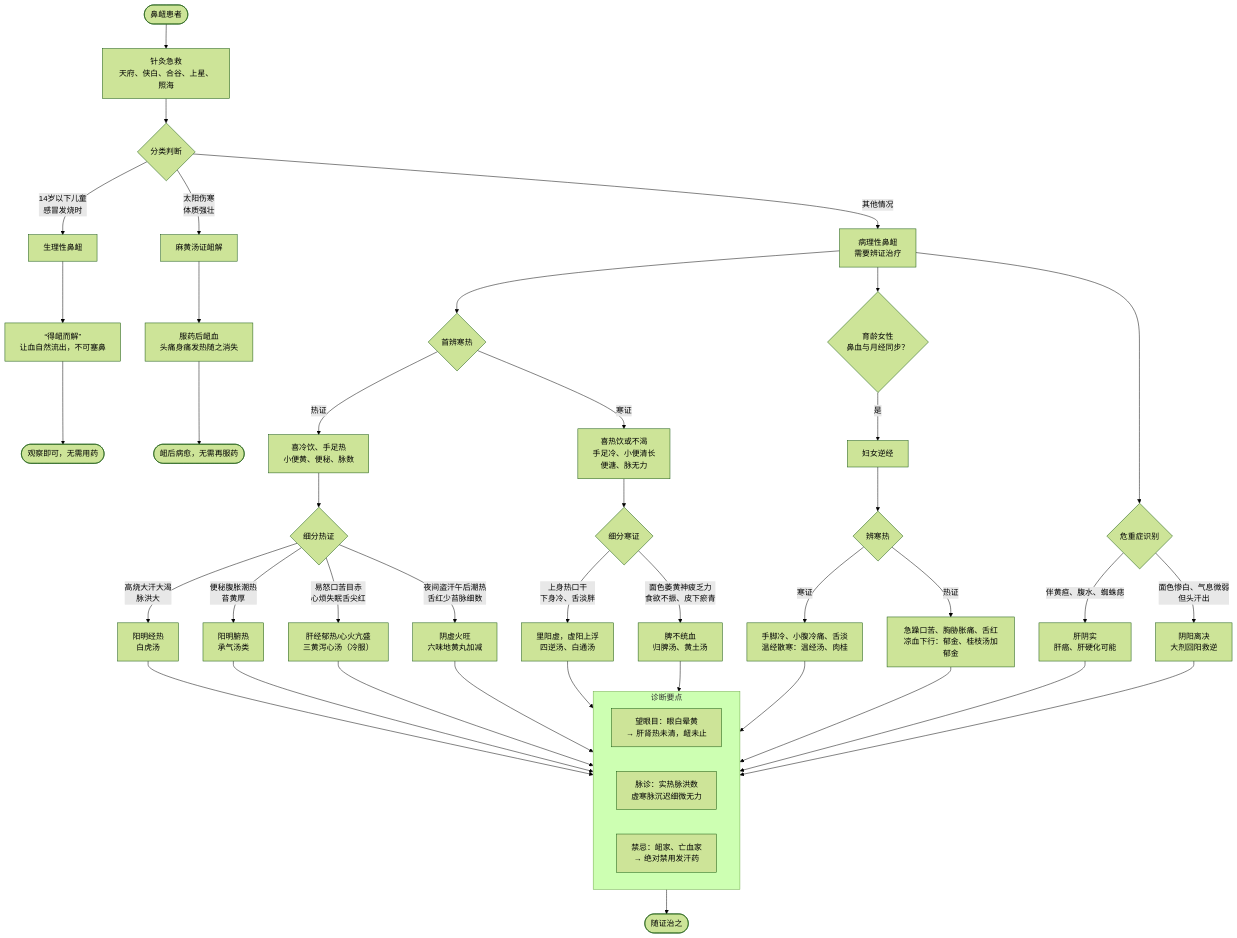
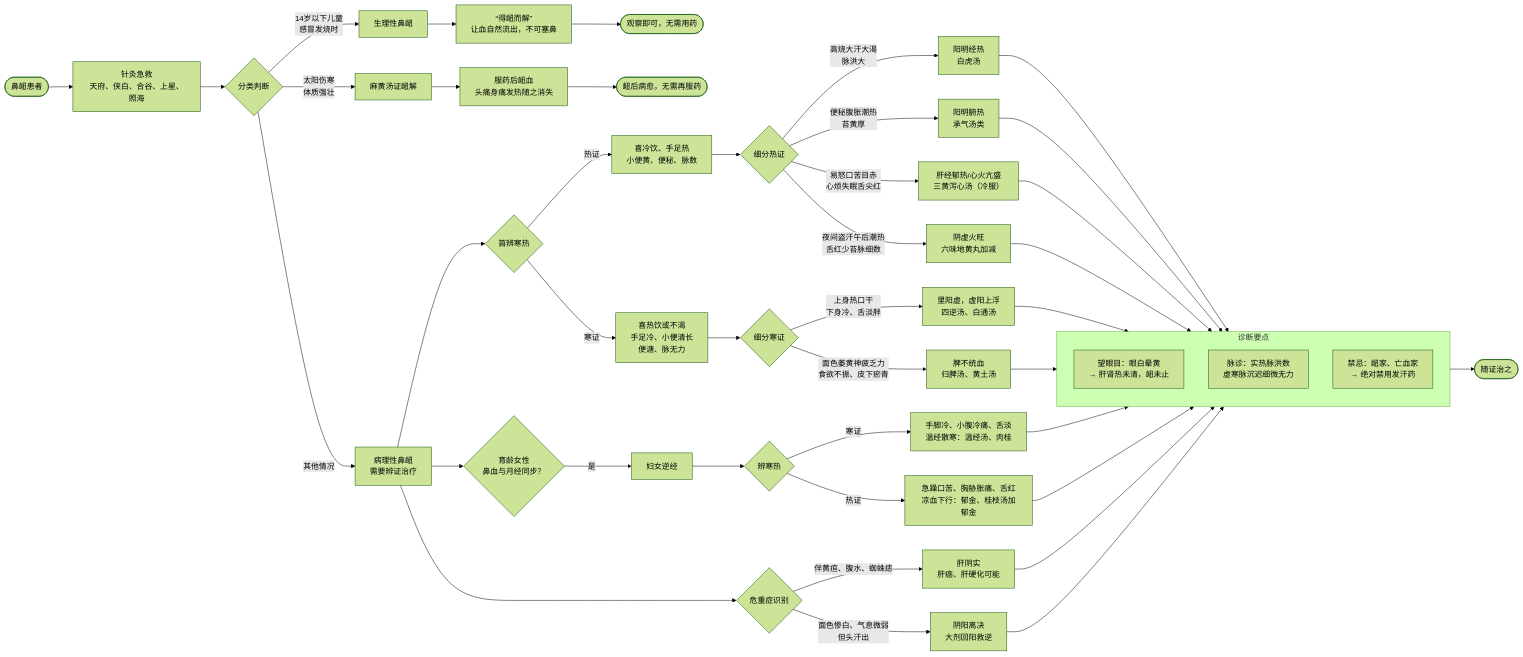
Before and after one commit to acuherb/acuherb.github.io: the diagram in posts/nihaixialunbinue/index.md, drawn with Mermaid (forest theme). The commit also changed 24 other files, not shown here.

````diff
--- a/posts/nihaixialunbinue/index.md
+++ b/posts/nihaixialunbinue/index.md
@@ -143,67 +143,67 @@
 ```mermaid
-flowchart TD
+flowchart LR
     START([鼻衄患者]) --> ACU[针灸急救<br>天府、侠白、合谷、上星、照海]
 
     ACU --> CLASSIFY{分类判断}
 
     %% 生理性鼻衄分支
     CLASSIFY -->|14岁以下儿童<br>感冒发烧时| PHYSIO[生理性鼻衄]
     PHYSIO --> PHYSIO_ACTION[“得衄而解”<br>让血自然流出，不可塞鼻]
     PHYSIO_ACTION --> PHYSIO_DONE([观察即可，无需用药])
 
     %% 麻黄汤证衄解
     CLASSIFY -->|太阳伤寒<br>体质强壮| MAHUANG[麻黄汤证衄解]
     MAHUANG --> MAHUANG_ACTION[服药后衄血<br>头痛身痛发热随之消失]
     MAHUANG_ACTION --> MAHUANG_DONE([衄后病愈，无需再服药])
 
     %% 病理性鼻衄
     CLASSIFY -->|其他情况| PATHO[病理性鼻衄<br>需要辨证治疗]
 
     PATHO --> FIRST{首辨寒热}
 
     %% 热证分支
     FIRST -->|热证| HEAT_SIGNS[喜冷饮、手足热<br>小便黄、便秘、脉数]
     HEAT_SIGNS --> HEAT_TYPE{细分热证}
     HEAT_TYPE -->|高烧大汗大渴<br>脉洪大| H1[阳明经热<br>白虎汤]
     HEAT_TYPE -->|便秘腹胀潮热<br>苔黄厚| H2[阳明腑热<br>承气汤类]
     HEAT_TYPE -->|易怒口苦目赤<br>心烦失眠舌尖红| H3[肝经郁热/心火亢盛<br>三黄泻心汤（冷服）]
     HEAT_TYPE -->|夜间盗汗午后潮热<br>舌红少苔脉细数| H4[阴虚火旺<br>六味地黄丸加减]
 
     %% 寒证分支
     FIRST -->|寒证| COLD_SIGNS[喜热饮或不渴<br>手足冷、小便清长<br>便溏、脉无力]
     COLD_SIGNS --> COLD_TYPE{细分寒证}
     COLD_TYPE -->|上身热口干<br>下身冷、舌淡胖| C1[里阳虚，虚阳上浮<br>四逆汤、白通汤]
     COLD_TYPE -->|面色萎黄神疲乏力<br>食欲不振、皮下瘀青| C2[脾不统血<br>归脾汤、黄土汤]
 
     %% 妇女逆经（特殊分支）
     PATHO --> WOMAN{育龄女性<br>鼻血与月经同步？}
     WOMAN -->|是| NI_JING[妇女逆经]
     NI_JING --> NI_HOT_COLD{辨寒热}
     NI_HOT_COLD -->|寒证| NI_COLD[手脚冷、小腹冷痛、舌淡<br>温经散寒：温经汤、肉桂]
     NI_HOT_COLD -->|热证| NI_HOT[急躁口苦、胸胁胀痛、舌红<br>凉血下行：郁金、桂枝汤加郁金]
 
     %% 危重症识别（独立警示）
     PATHO --> WARNING{危重症识别}
     WARNING -->|伴黄疸、腹水、蜘蛛痣| WARN1[肝阴实<br>肝癌、肝硬化可能]
     WARNING -->|面色惨白、气息微弱<br>但头汗出| WARN2[阴阳离决<br>大剂回阳救逆]
 
     %% 诊断要点汇总
     H1 --> DIAG
     H2 --> DIAG
     H3 --> DIAG
     H4 --> DIAG
     C1 --> DIAG
     C2 --> DIAG
     NI_COLD --> DIAG
     NI_HOT --> DIAG
     WARN1 --> DIAG
     WARN2 --> DIAG
 
     subgraph DIAG [诊断要点]
         EYE[望眼目：眼白晕黄<br>→ 肝肾热未清，衄未止]
         PULSE[脉诊：实热脉洪数<br>虚寒脉沉迟细微无力]
         TABOO[禁忌：衄家、亡血家<br>→ 绝对禁用发汗药]
     end
 
     DIAG --> END([随证治之])
 ```
````
